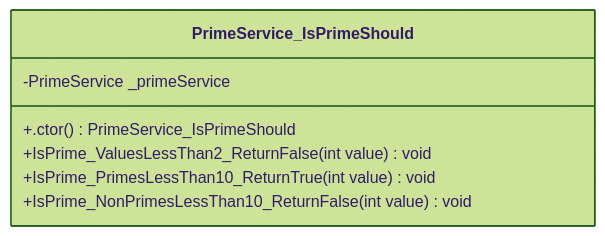
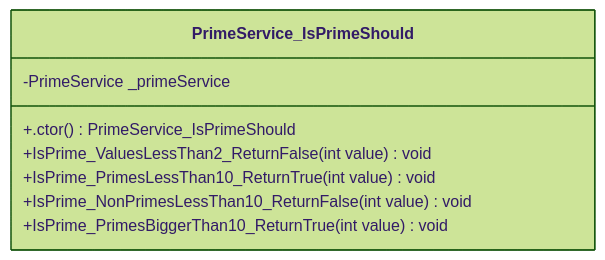
One commit to maibine/git_training changed the first of 2 diagrams in unit-testing-using-dotnet-test/CODE_METRICS.md. Above: the diagram before and after it, drawn with Mermaid (forest theme). The commit also changed other lines of this file, not shown here.

````diff
--- a/unit-testing-using-dotnet-test/CODE_METRICS.md
+++ b/unit-testing-using-dotnet-test/CODE_METRICS.md
@@ -135,11 +136,12 @@
 ```mermaid
 classDiagram
 class PrimeService_IsPrimeShould{
     -PrimeService _primeService
     +.ctor() PrimeService_IsPrimeShould
     +IsPrime_ValuesLessThan2_ReturnFalse(int value) void
     +IsPrime_PrimesLessThan10_ReturnTrue(int value) void
     +IsPrime_NonPrimesLessThan10_ReturnFalse(int value) void
+    +IsPrime_PrimesBiggerThan10_ReturnTrue(int value) void
 }
 
 ```
````
